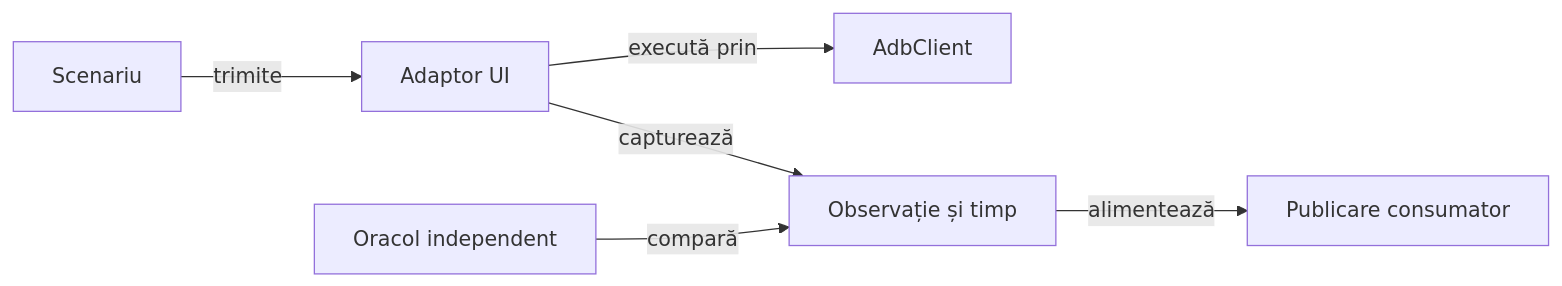
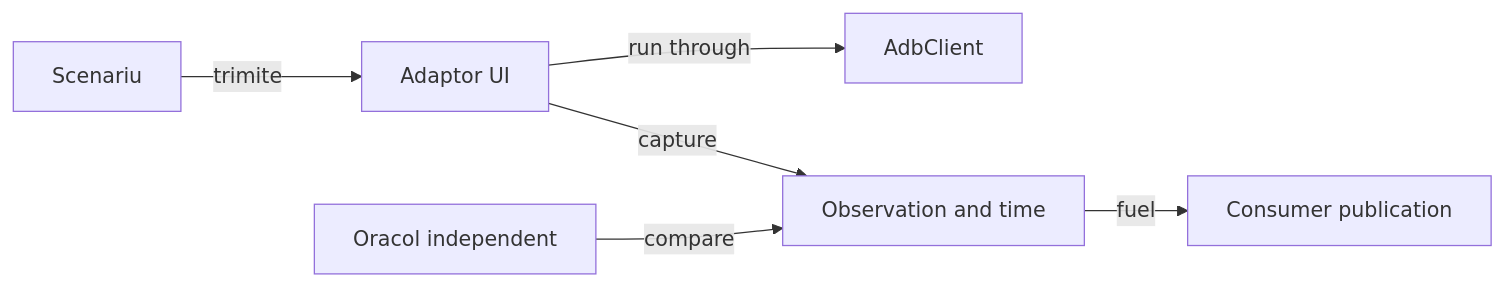
One commit to crististefanita/atf_j4 changed the diagram in atf-test-android/README.md. Above: the diagram before and after it, drawn with Mermaid. The commit also changed other lines of this file and 122 other files, not shown here.

````diff
--- a/atf-test-android/README.md
+++ b/atf-test-android/README.md
@@ -11,8 +11,8 @@
 ```mermaid
 flowchart LR
     SCENARIO[Scenariu] -->|trimite| DRIVER[Adaptor UI]
-    DRIVER -->|execută prin| ADB[AdbClient]
-    DRIVER -->|capturează| TRACE[Observație și timp]
-    ORACLE[Oracol independent] -->|compară| TRACE
-    TRACE -->|alimentează| PUBLISH[Publicare consumator]
+    DRIVER -->|run through| ADB[AdbClient]
+    DRIVER -->|capture| TRACE[Observation and time]
+    ORACLE[Oracol independent] -->|compare| TRACE
+    TRACE -->|fuel| PUBLISH[Consumer publication]
 ```
````
